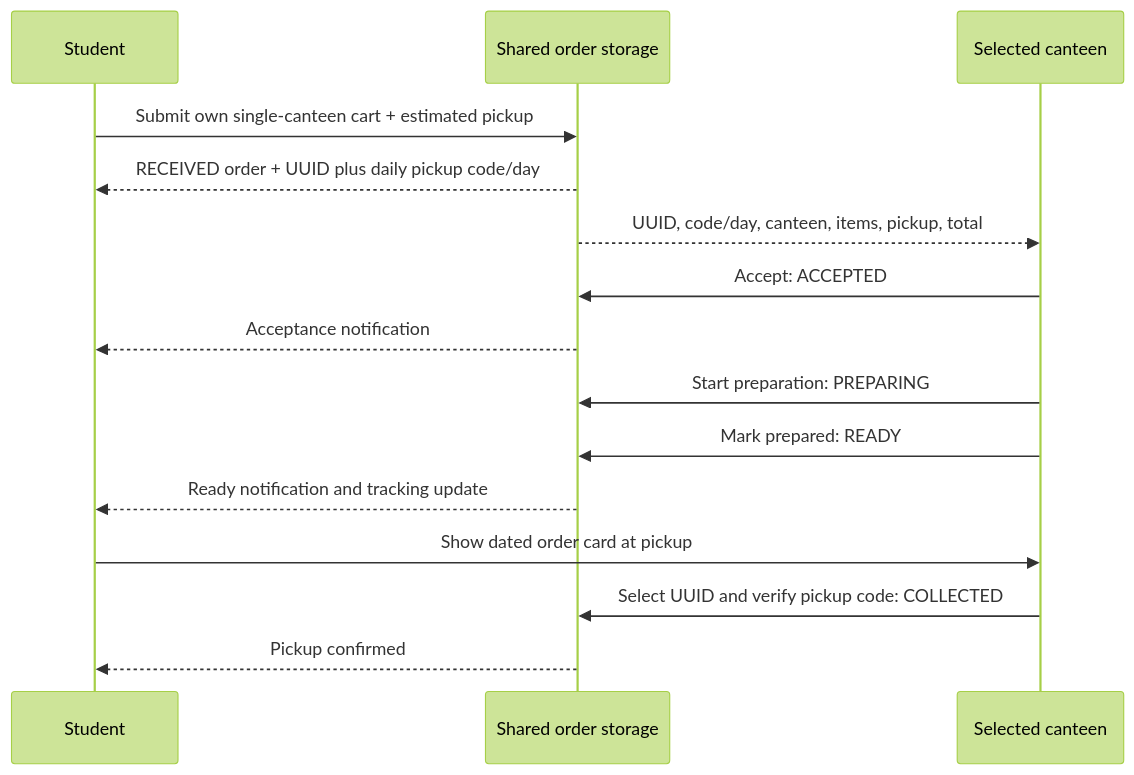
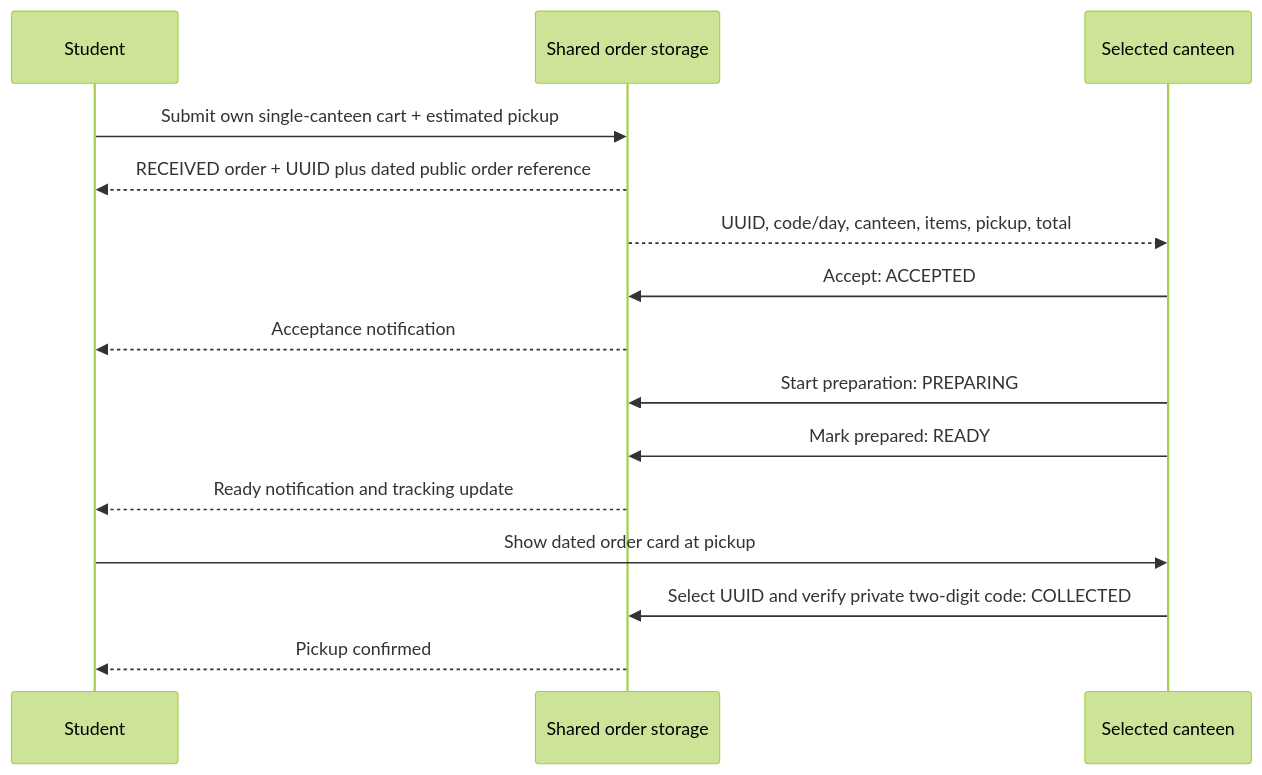
Before and after one commit to tanu15-png/Build_BV: the second of 3 diagrams in architecture.md, drawn with Mermaid (forest theme). The commit also changed other lines of this file and 99 other files, not shown here.

````diff
--- a/architecture.md
+++ b/architecture.md
@@ -133,17 +134,17 @@
 ```mermaid
 sequenceDiagram
     participant S as Student
     participant O as Shared order storage
     participant C as Selected canteen
     S->>O: Submit own single-canteen cart + estimated pickup
-    O-->>S: RECEIVED order + UUID plus daily pickup code/day
+    O-->>S: RECEIVED order + UUID plus dated public order reference
     O-->>C: UUID, code/day, canteen, items, pickup, total
     C->>O: Accept: ACCEPTED
     O-->>S: Acceptance notification
     C->>O: Start preparation: PREPARING
     C->>O: Mark prepared: READY
     O-->>S: Ready notification and tracking update
     S->>C: Show dated order card at pickup
-    C->>O: Select UUID and verify pickup code: COLLECTED
+    C->>O: Select UUID and verify private two-digit code: COLLECTED
     O-->>S: Pickup confirmed
 ```
````
